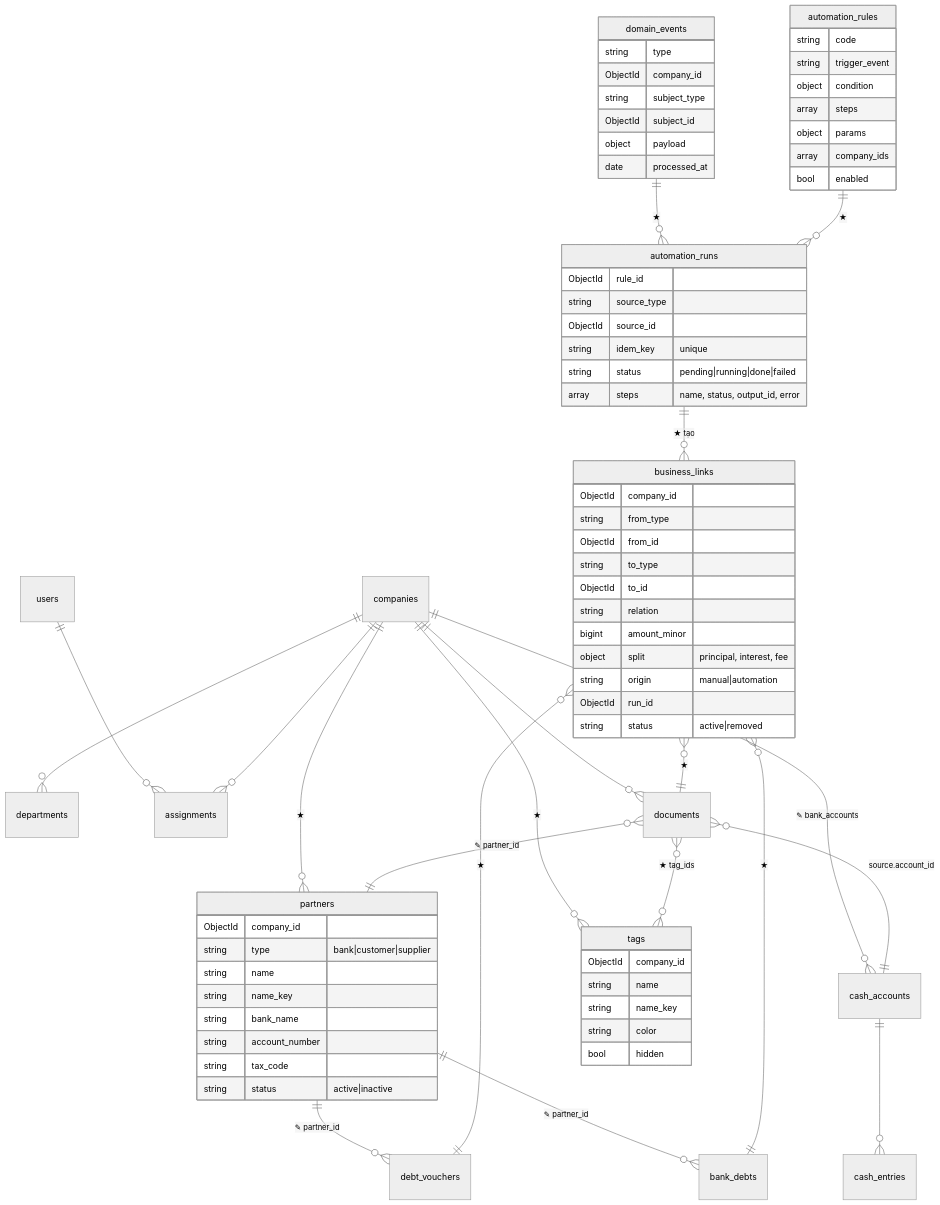
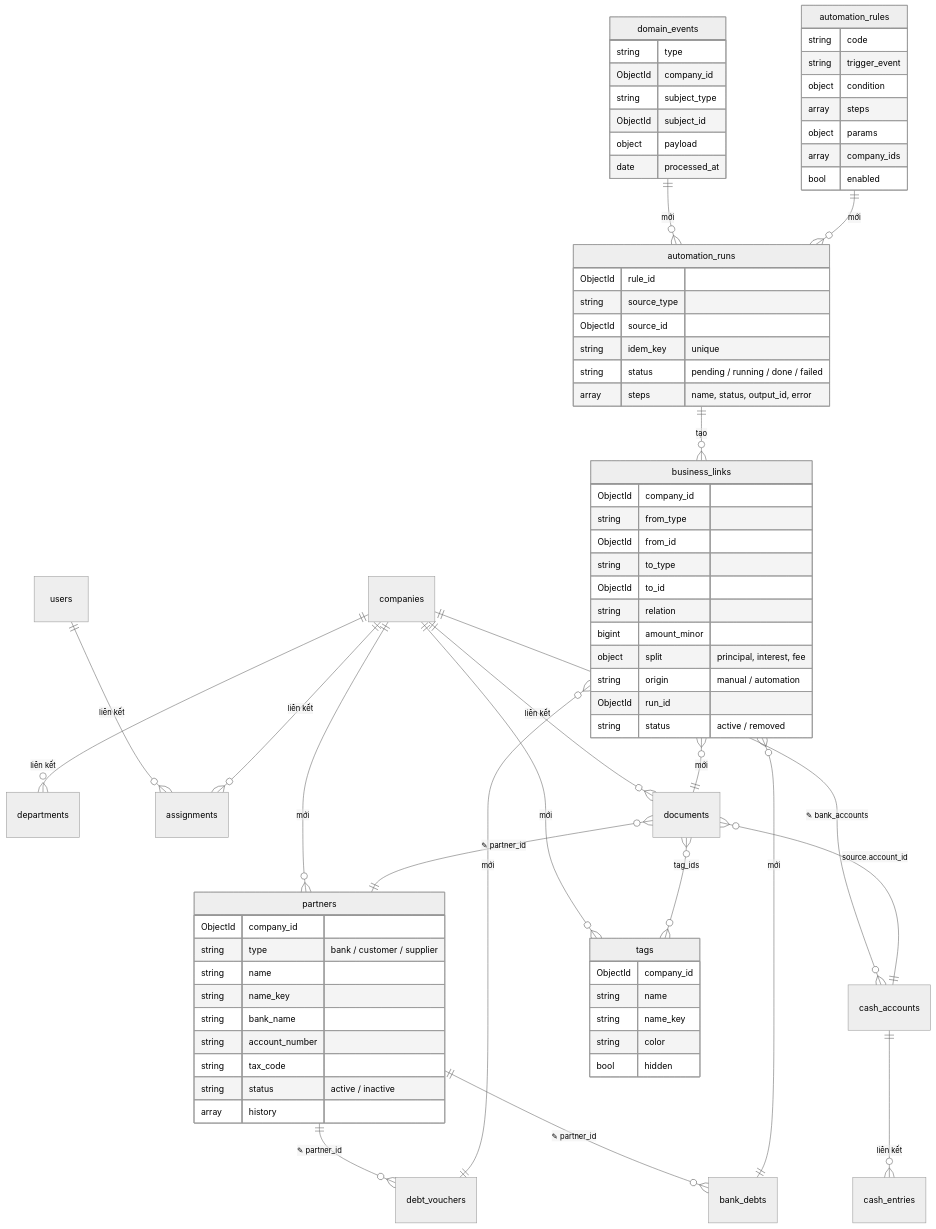
One commit to hainh/FinGate changed diagram 15 of 16 in v2/v2.md. Above: the diagram before and after it, drawn with Mermaid (neutral theme). The commit also changed other lines of this file, not shown here.

````diff
--- a/v2/v2.md
+++ b/v2/v2.md
@@ -821,78 +981,79 @@
 ```mermaid
 erDiagram
-  companies ||--o{ departments : ""
-  users ||--o{ assignments : ""
-  companies ||--o{ assignments : ""
+  companies ||--o{ departments : "liên kết"
+  users ||--o{ assignments : "liên kết"
+  companies ||--o{ assignments : "liên kết"
   companies ||--o{ cash_accounts : "✎ bank_accounts"
-  companies ||--o{ partners : "★"
-  companies ||--o{ tags : "★"
-  companies ||--o{ documents : ""
+  companies ||--o{ partners : "mới"
+  companies ||--o{ tags : "mới"
+  companies ||--o{ documents : "liên kết"
   documents }o--|| partners : "✎ partner_id"
-  documents }o--o{ tags : "★ tag_ids"
+  documents }o--o{ tags : "tag_ids"
   documents }o--|| cash_accounts : "source.account_id"
-  cash_accounts ||--o{ cash_entries : ""
+  cash_accounts ||--o{ cash_entries : "liên kết"
   partners ||--o{ debt_vouchers : "✎ partner_id"
   partners ||--o{ bank_debts : "✎ partner_id"
-  business_links }o--|| documents : "★"
-  business_links }o--|| debt_vouchers : "★"
-  business_links }o--|| bank_debts : "★"
-  domain_events ||--o{ automation_runs : "★"
-  automation_rules ||--o{ automation_runs : "★"
-  automation_runs ||--o{ business_links : "★ tạo"
+  business_links }o--|| documents : "mới"
+  business_links }o--|| debt_vouchers : "mới"
+  business_links }o--|| bank_debts : "mới"
+  domain_events ||--o{ automation_runs : "mới"
+  automation_rules ||--o{ automation_runs : "mới"
+  automation_runs ||--o{ business_links : "tạo"
 
   partners {
     ObjectId company_id
-    string type "bank|customer|supplier"
+    string type "bank / customer / supplier"
     string name
     string name_key
     string bank_name
     string account_number
     string tax_code
-    string status "active|inactive"
+    string status "active / inactive"
+    array history
   }
   tags {
     ObjectId company_id
     string name
     string name_key
     string color
     bool hidden
   }
   business_links {
     ObjectId company_id
     string from_type
     ObjectId from_id
     string to_type
     ObjectId to_id
     string relation
     bigint amount_minor
     object split "principal, interest, fee"
-    string origin "manual|automation"
+    string origin "manual / automation"
     ObjectId run_id
-    string status "active|removed"
+    string status "active / removed"
   }
   automation_rules {
     string code
     string trigger_event
     object condition
     array steps
     object params
     array company_ids
     bool enabled
   }
   automation_runs {
     ObjectId rule_id
     string source_type
     ObjectId source_id
     string idem_key "unique"
-    string status "pending|running|done|failed"
+    string status "pending / running / done / failed"
     array steps "name, status, output_id, error"
   }
   domain_events {
     string type
     ObjectId company_id
     string subject_type
     ObjectId subject_id
     object payload
     date processed_at
   }
 ```
````
